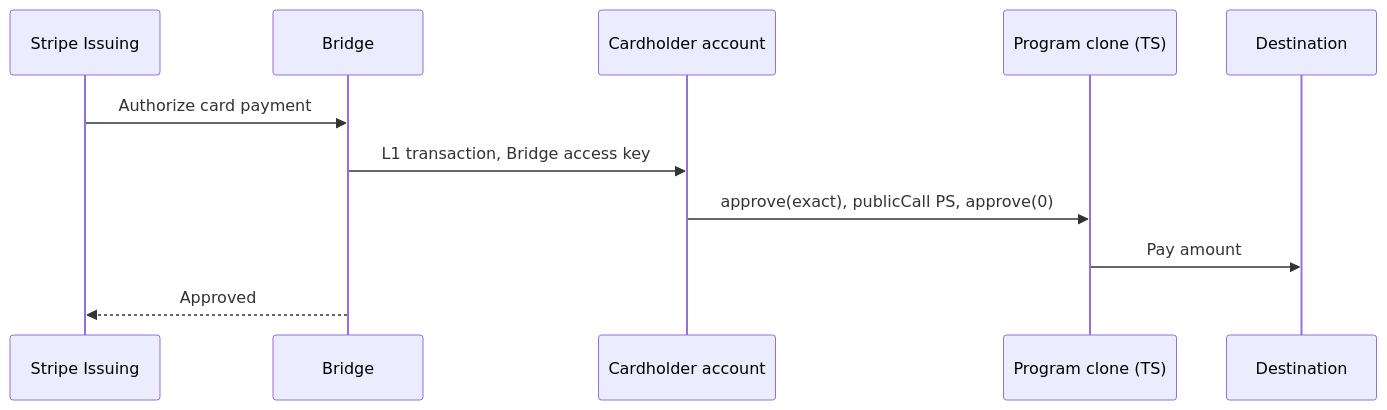
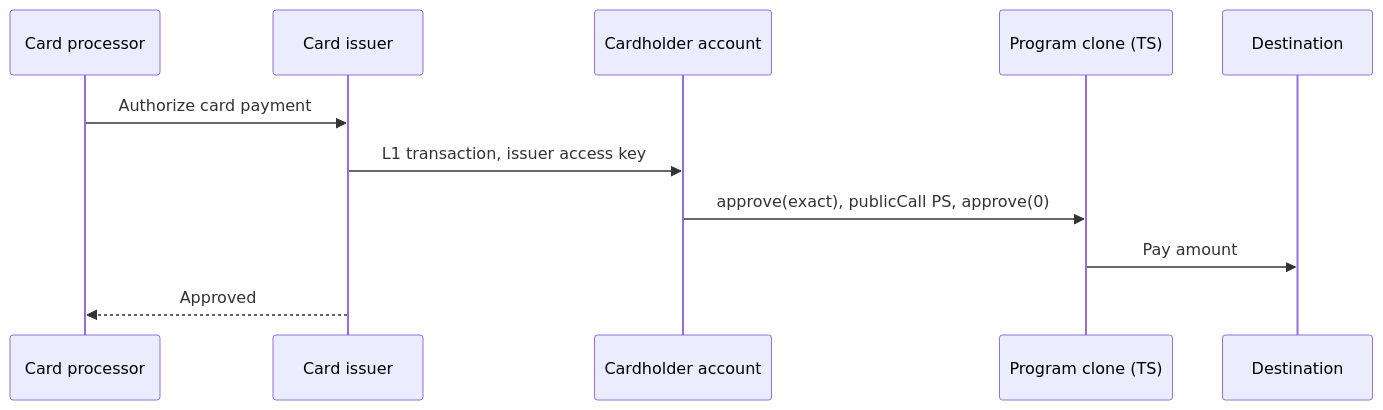
Before and after one commit to tempoxyz/contracts: the first of 3 diagrams in docs/bridge/design.md, drawn with Mermaid. The commit also changed other lines of this file and 22 other files, not shown here.

````diff
--- a/docs/bridge/design.md
+++ b/docs/bridge/design.md
@@ -106,13 +103,13 @@
 ```mermaid
 sequenceDiagram
-    participant S as Stripe Issuing
-    participant B as Bridge
+    participant S as Card processor
+    participant B as Card issuer
     participant A as Cardholder account
     participant C as Program clone (TS)
     participant D as Destination
     S->>B: Authorize card payment
-    B->>A: L1 transaction, Bridge access key
+    B->>A: L1 transaction, issuer access key
     A->>C: approve(exact), publicCall PS, approve(0)
     C->>D: Pay amount
     B-->>S: Approved
 ```
````
